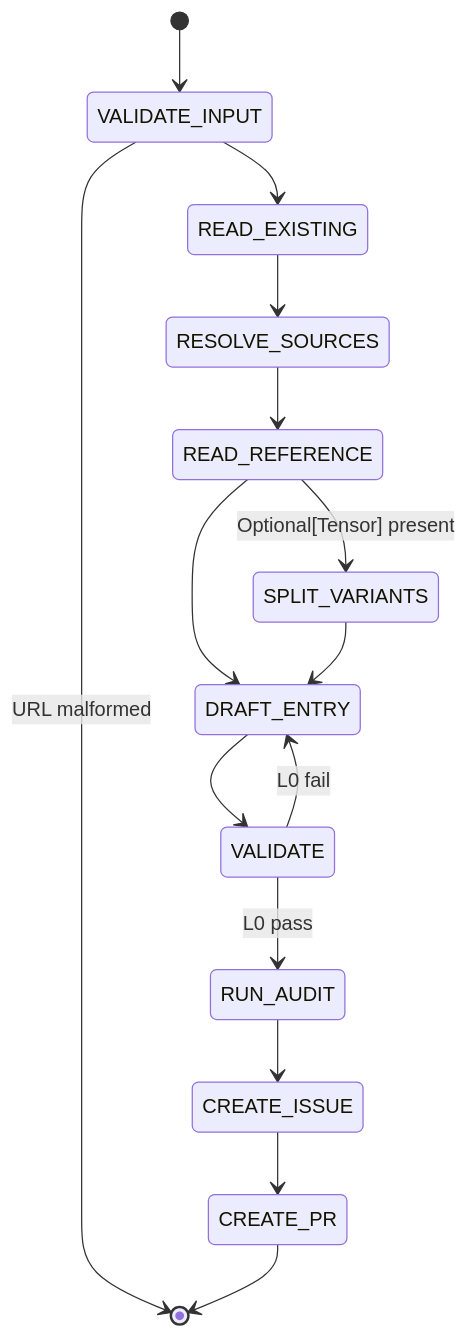
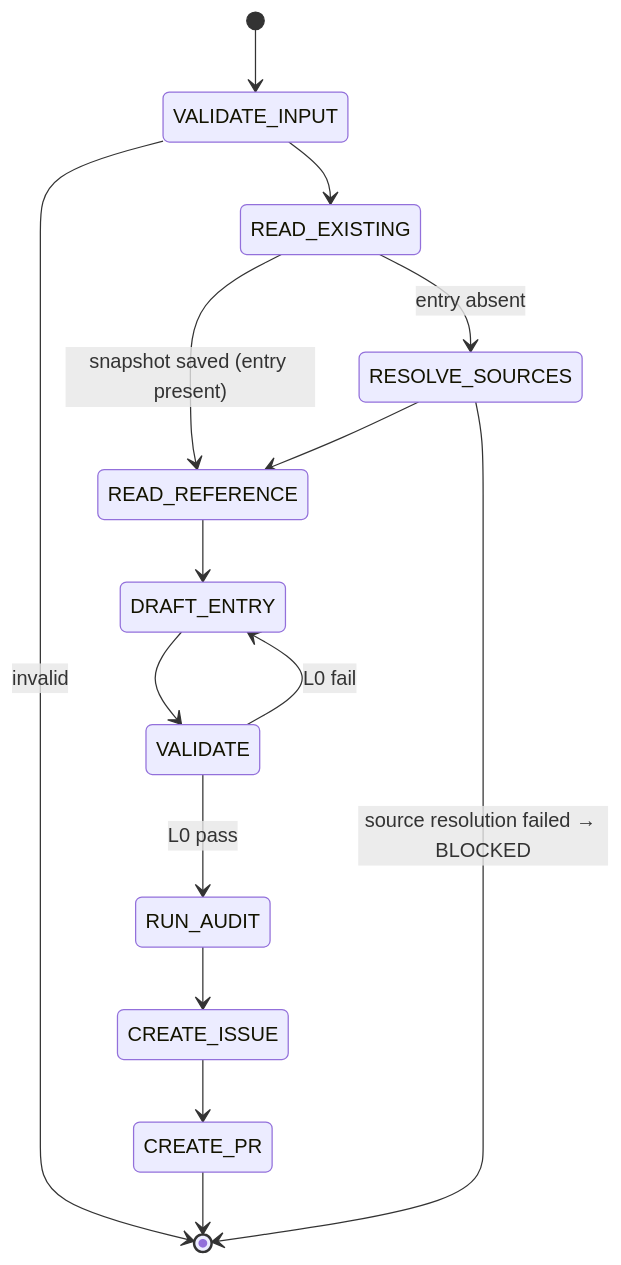
One commit to tile-ai/TileOPs changed the diagram in .claude/skills/add-manifest/SKILL.md. Above: the diagram before and after it, drawn with Mermaid. The commit also changed other lines of this file and 2 other files, not shown here.

First line of the commit message:
[Refactor][Skills] redesign add-manifest input + redivide labour with fix-manifest

````diff
--- a/.claude/skills/add-manifest/SKILL.md
+++ b/.claude/skills/add-manifest/SKILL.md
@@ -33,17 +37,17 @@
 ```mermaid
 stateDiagram-v2
     [*] --> VALIDATE_INPUT
-    VALIDATE_INPUT --> [*]: URL malformed
+    VALIDATE_INPUT --> [*]: invalid
     VALIDATE_INPUT --> READ_EXISTING
-    READ_EXISTING --> RESOLVE_SOURCES
+    READ_EXISTING --> READ_REFERENCE: snapshot saved (entry present)
+    READ_EXISTING --> RESOLVE_SOURCES: entry absent
     RESOLVE_SOURCES --> READ_REFERENCE
-    READ_REFERENCE --> SPLIT_VARIANTS: Optional[Tensor] present
+    RESOLVE_SOURCES --> [*]: source resolution failed → BLOCKED
     READ_REFERENCE --> DRAFT_ENTRY
-    SPLIT_VARIANTS --> DRAFT_ENTRY
     DRAFT_ENTRY --> VALIDATE
     VALIDATE --> DRAFT_ENTRY: L0 fail
     VALIDATE --> RUN_AUDIT: L0 pass
     RUN_AUDIT --> CREATE_ISSUE
     CREATE_ISSUE --> CREATE_PR
     CREATE_PR --> [*]
 ```
````
